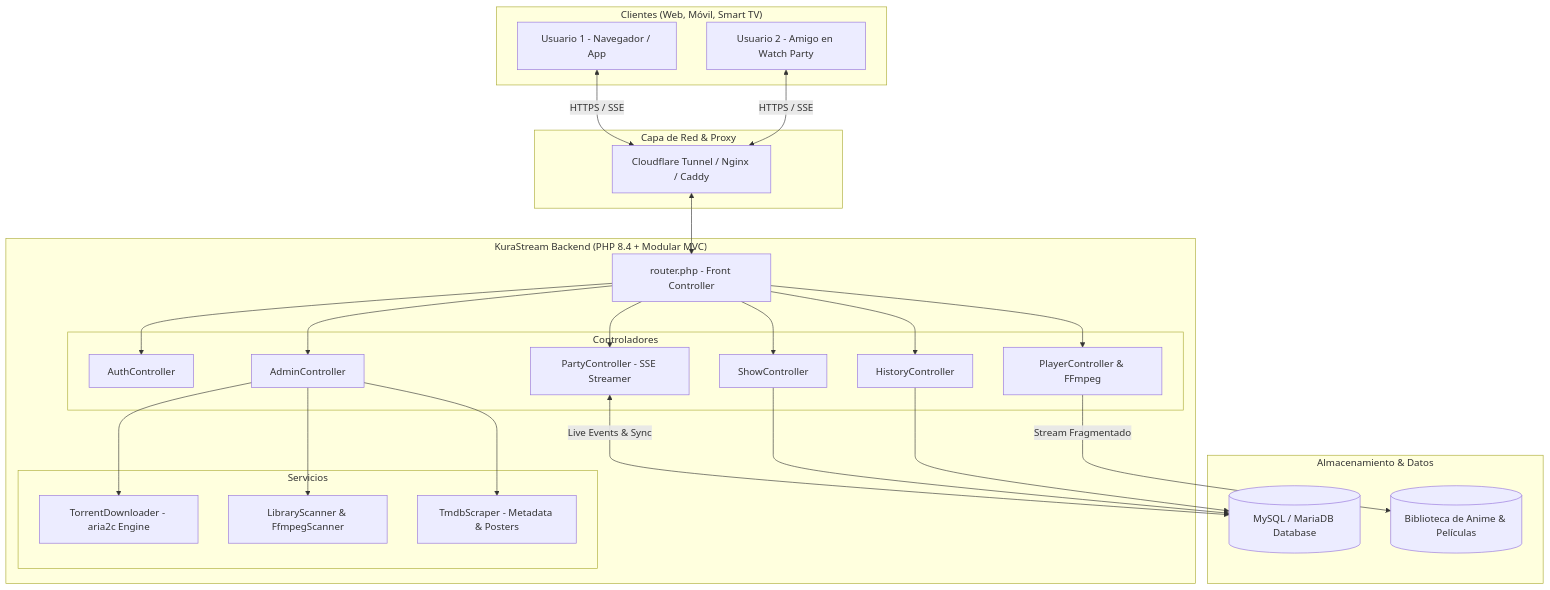
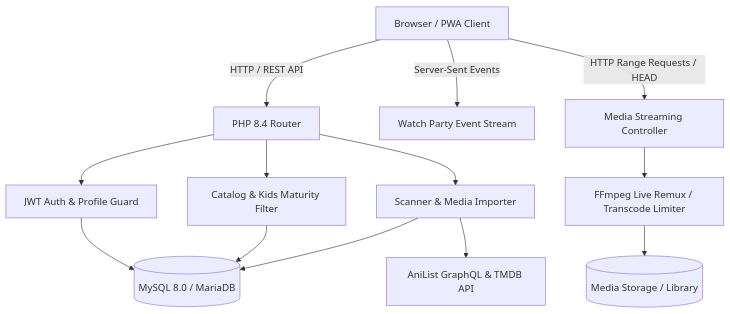
Before and after one commit to TheCarlosS5/KuraStream: the diagram in README.md, drawn with Mermaid. The commit also changed other lines of this file, not shown here.

Commit message:
docs: professional README rewrite with architecture diagrams and security guidance

````diff
--- a/README.md
+++ b/README.md
@@ -67,43 +11,18 @@
 ```mermaid
 graph TD
-    subgraph "Clientes (Web, Móvil, Smart TV)"
-        Client1[Usuario 1 - Navegador / App]
-        Client2[Usuario 2 - Amigo en Watch Party]
-    end
+    Client[Browser / PWA Client] -->|HTTP / REST API| Router[PHP 8.4 Router]
+    Client -->|Server-Sent Events| SSE[Watch Party Event Stream]
+    Client -->|HTTP Range Requests / HEAD| StreamEngine[Media Streaming Controller]
 
-    subgraph "Capa de Red & Proxy"
-        CF[Cloudflare Tunnel / Nginx / Caddy]
-    end
+    Router --> AuthMiddleware[JWT Auth & Profile Guard]
+    Router --> ShowController[Catalog & Kids Maturity Filter]
+    Router --> AdminController[Scanner & Media Importer]
 
-    subgraph "KuraStream Backend (PHP 8.4 + Modular MVC)"
-        Router[router.php - Front Controller]
-        
-        subgraph "Controladores"
-            Auth[AuthController]
-            Shows[ShowController]
-            Player[PlayerController & FFmpeg]
-            Party[PartyController - SSE Streamer]
-            History[HistoryController]
-            Admin[AdminController]
-        end
+    StreamEngine --> FFmpeg[FFmpeg Live Remux / Transcode Limiter]
+    FFmpeg --> Library[(Media Storage / Library)]
 
-        subgraph "Servicios"
-            TorrentSvc[TorrentDownloader - aria2c Engine]
-            ScannerSvc[LibraryScanner & FfmpegScanner]
-            TmdbSvc[TmdbScraper - Metadata & Posters]
-        end
-    end
-
-    subgraph "Almacenamiento & Datos"
-        DB[(MySQL / MariaDB Database)]
-        Storage[(Biblioteca de Anime & Películas)]
-    end
-
-    Client1 & Client2 <-->|HTTPS / SSE| CF
-    CF <--> Router
-    Router --> Auth & Shows & Player & Party & History & Admin
-    Party <-->|Live Events & Sync| DB
-    Admin --> TorrentSvc & ScannerSvc & TmdbSvc
-    Player -->|Stream Fragmentado| Storage
-    Shows & History --> DB
+    AuthMiddleware --> MySQL[(MySQL 8.0 / MariaDB)]
+    ShowController --> MySQL
+    AdminController --> MySQL
+    AdminController --> MetadataScrapers[AniList GraphQL & TMDB API]
 ```
````
